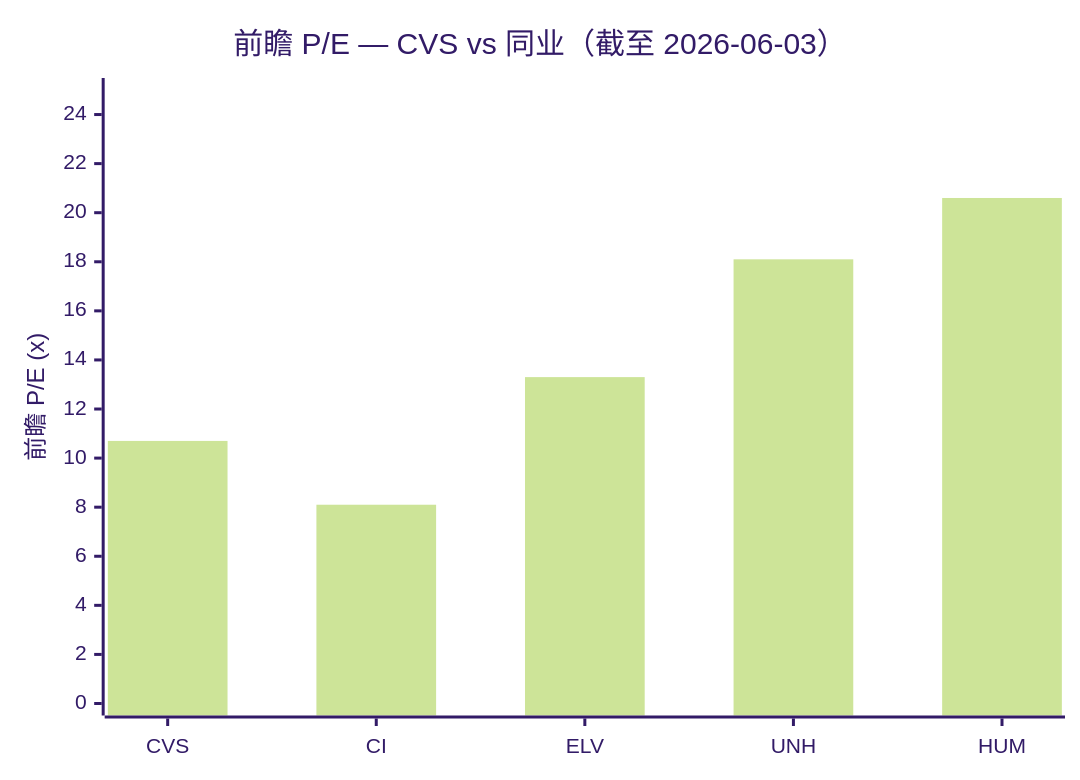
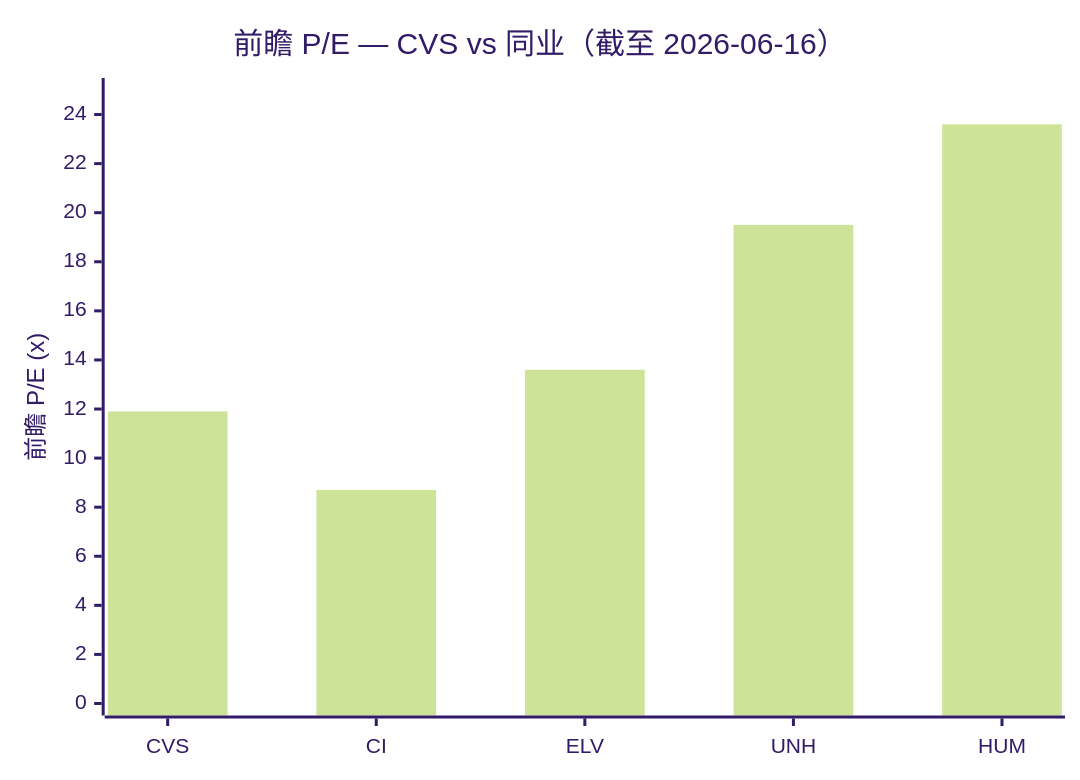
One commit to dadachundan/financial_agent changed the seventh of 8 diagrams in reports/company/CVSHealth_NYSE_CVS/CVSHealth_NYSE_CVS_公司研究.md. Above: the diagram before and after it, drawn with Mermaid (forest theme). The commit also changed other lines of this file and 8 other files, not shown here.

````diff
--- a/reports/company/CVSHealth_NYSE_CVS/CVSHealth_NYSE_CVS_公司研究.md
+++ b/reports/company/CVSHealth_NYSE_CVS/CVSHealth_NYSE_CVS_公司研究.md
@@ -321,7 +823,7 @@
 ```mermaid
 xychart-beta
-    title "前瞻 P/E — CVS vs 同业（截至 2026-06-03）"
+    title "前瞻 P/E — CVS vs 同业（截至 2026-06-16）"
     x-axis ["CVS", "CI", "ELV", "UNH", "HUM"]
     y-axis "前瞻 P/E (x)" 0 --> 25
-    bar [10.7, 8.1, 13.3, 18.1, 20.6]
+    bar [11.9, 8.7, 13.6, 19.5, 23.6]
 ```
````
